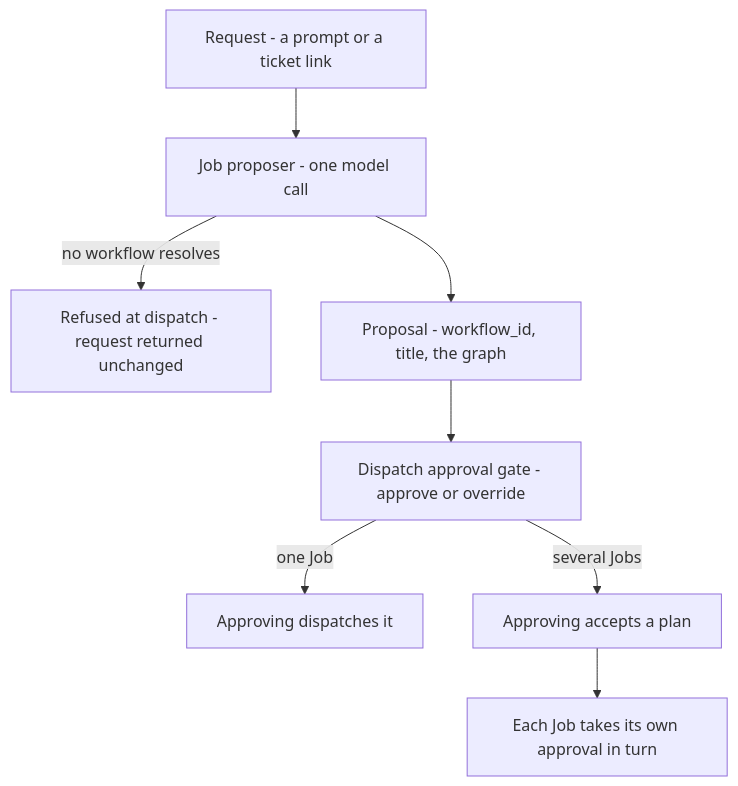
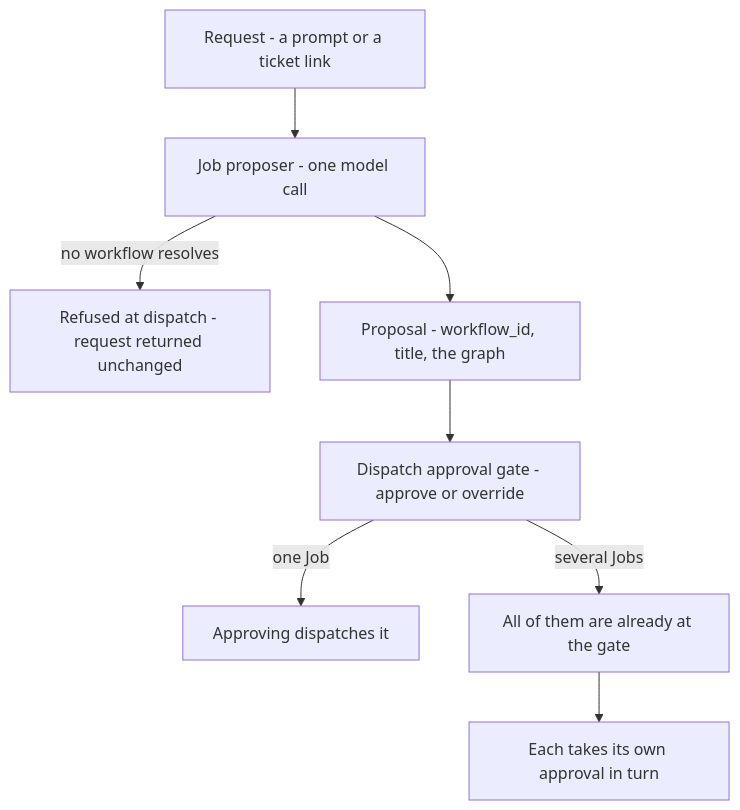
Before and after one commit to NickMele/armada: the diagram in docs/concepts/job-proposer.md, drawn with Mermaid. The commit also changed other lines of this file and 1 other file, not shown here.

First line of the commit message:
Say that a plan has no approval of its own

````diff
--- a/docs/concepts/job-proposer.md
+++ b/docs/concepts/job-proposer.md
@@ -13,10 +13,10 @@
 ```mermaid
 flowchart TD
   REQ["Request - a prompt or a ticket link"] --> CALL["Job proposer - one model call"]
   CALL -->|no workflow resolves| REF["Refused at dispatch - request returned unchanged"]
   CALL --> PROP["Proposal - workflow_id, title, the graph"]
   PROP --> GATE["Dispatch approval gate - approve or override"]
   GATE -->|one Job| ONE["Approving dispatches it"]
-  GATE -->|several Jobs| PLAN["Approving accepts a plan"]
-  PLAN --> EACH["Each Job takes its own approval in turn"]
+  GATE -->|several Jobs| MANY["All of them are already at the gate"]
+  MANY --> EACH["Each takes its own approval in turn"]
 ```
````
